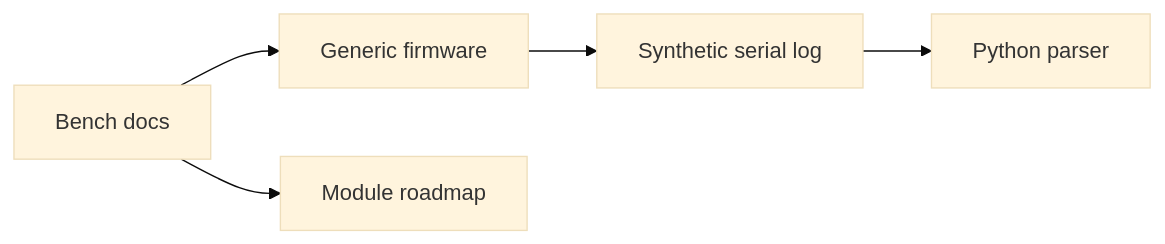
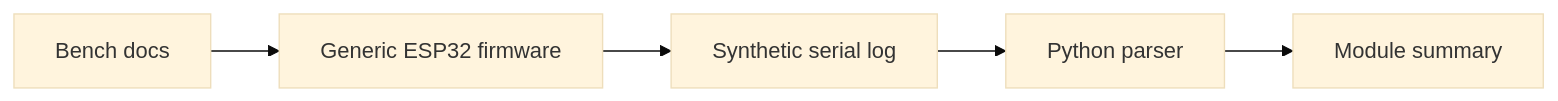
One commit to guilherme-lacerda-tech/esp32-iot-integration-lab changed the diagram in README.md. Above: the diagram before and after it, drawn with Mermaid (base theme). The commit also changed other lines of this file and 5 other files, not shown here.

````diff
--- a/README.md
+++ b/README.md
@@ -22,7 +25,7 @@
 ```mermaid
 flowchart LR
-    A["Generic firmware"] --> B["Synthetic serial log"]
-    B --> C["Python parser"]
-    D["Bench docs"] --> A
-    D --> E["Module roadmap"]
+    Firmware["Generic ESP32 firmware"] --> Logs["Synthetic serial log"]
+    Logs --> Parser["Python parser"]
+    Docs["Bench docs"] --> Firmware
+    Parser --> Summary["Module summary"]
 ```
````
